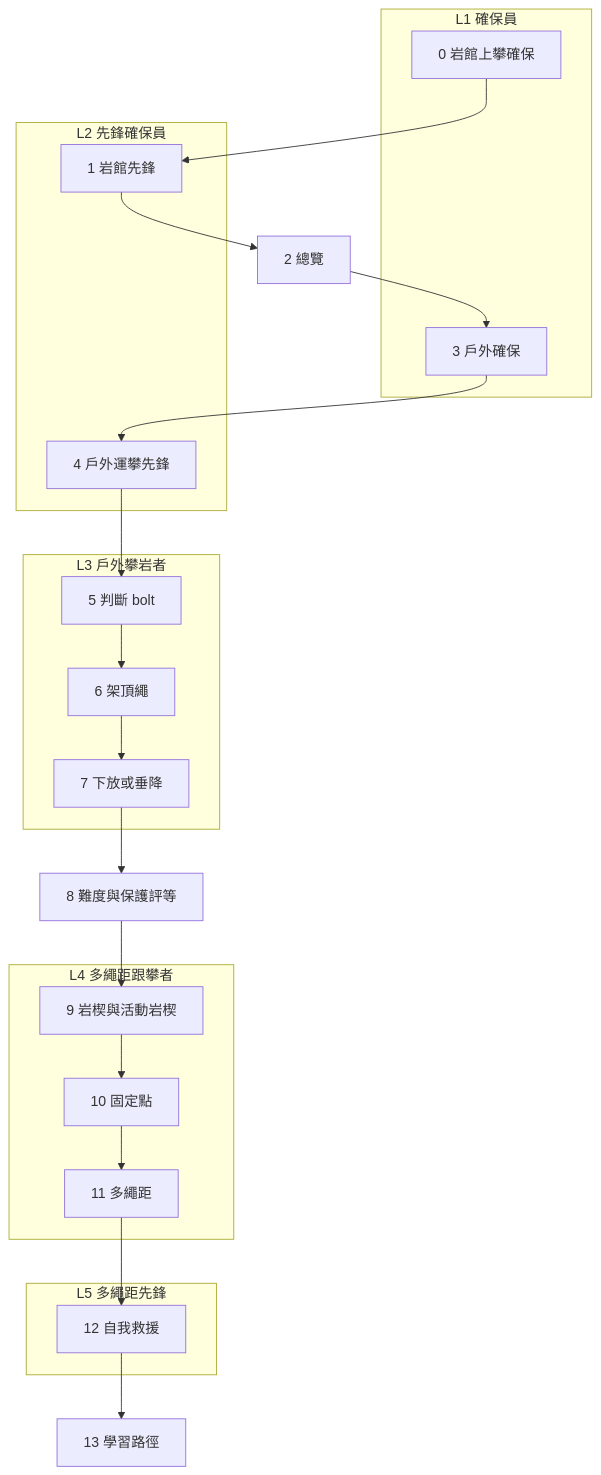
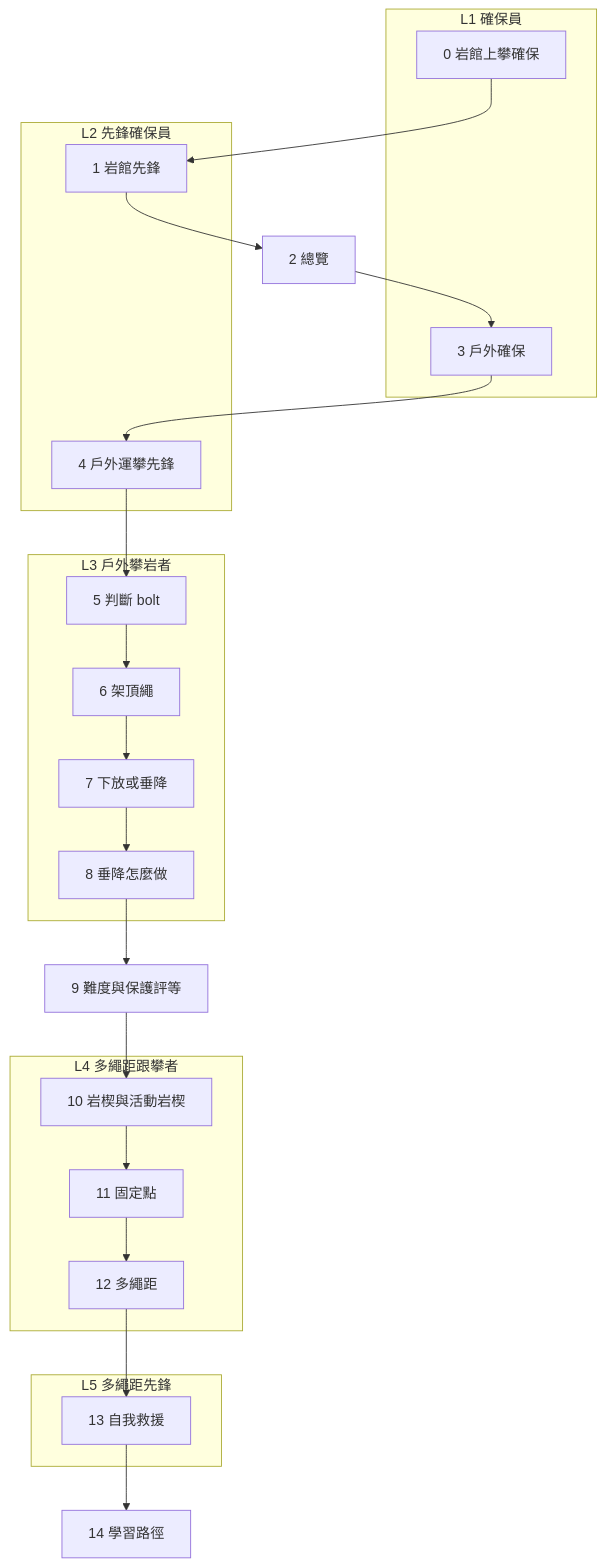
The diagram in src/content/posts/climbing/2026-10-17-sport-vs-trad-overview.md (vincentxuu/quidproquo), drawn with Mermaid before and after one commit. The commit also changed other lines of this file and 27 other files, not shown here.

````diff
--- a/src/content/posts/climbing/2026-10-17-sport-vs-trad-overview.md
+++ b/src/content/posts/climbing/2026-10-17-sport-vs-trad-overview.md
@@ -150,28 +150,29 @@
 ```mermaid
 flowchart TB
   subgraph S1["L1 確保員"]
     P0["0 岩館上攀確保"]
     P3["3 戶外確保"]
   end
   subgraph S2["L2 先鋒確保員"]
     P1["1 岩館先鋒"]
     P4["4 戶外運攀先鋒"]
   end
   P2["2 總覽"]
   subgraph S3["L3 戶外攀岩者"]
     P5["5 判斷 bolt"]
     P6["6 架頂繩"]
     P7["7 下放或垂降"]
+    P8["8 垂降怎麼做"]
   end
-  P8["8 難度與保護評等"]
+  P9["9 難度與保護評等"]
   subgraph S4["L4 多繩距跟攀者"]
-    P9["9 岩楔與活動岩楔"]
-    P10["10 固定點"]
-    P11["11 多繩距"]
+    P10["10 岩楔與活動岩楔"]
+    P11["11 固定點"]
+    P12["12 多繩距"]
   end
   subgraph S5["L5 多繩距先鋒"]
-    P12["12 自我救援"]
+    P13["13 自我救援"]
   end
-  P13["13 學習路徑"]
-  P0 --> P1 --> P2 --> P3 --> P4 --> P5 --> P6 --> P7 --> P8 --> P9 --> P10 --> P11 --> P12 --> P13
+  P14["14 學習路徑"]
+  P0 --> P1 --> P2 --> P3 --> P4 --> P5 --> P6 --> P7 --> P8 --> P9 --> P10 --> P11 --> P12 --> P13 --> P14
 ```
````
